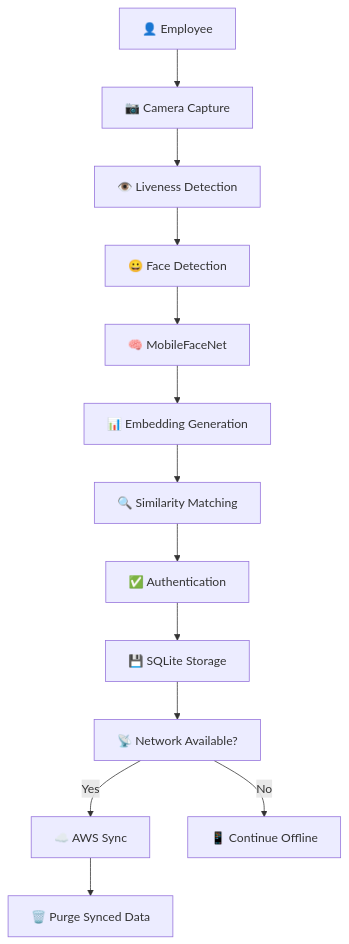
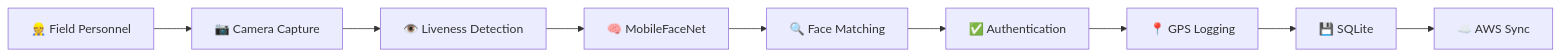
One commit to aishide/Pehechaan-NHAI changed the diagram in README.md. Above: the diagram before and after it, drawn with Mermaid. The commit also changed other lines of this file, not shown here.

````diff
--- a/README.md
+++ b/README.md
@@ -194,28 +109,20 @@
 ```mermaid
-flowchart TD
+flowchart LR
 
-A[👤 Employee]
+A[👷 Field Personnel]
 --> B[📷 Camera Capture]
 
 B --> C[👁️ Liveness Detection]
 
-C --> D[😀 Face Detection]
+C --> D[🧠 MobileFaceNet]
 
-D --> E[🧠 MobileFaceNet]
+D --> E[🔍 Face Matching]
 
-E --> F[📊 Embedding Generation]
+E --> F[✅ Authentication]
 
-F --> G[🔍 Similarity Matching]
+F --> G[📍 GPS Logging]
 
-G --> H[✅ Authentication]
+G --> H[💾 SQLite]
 
-H --> I[💾 SQLite Storage]
-
-I --> J[📡 Network Available?]
-
-J -->|Yes| K[☁️ AWS Sync]
-
-K --> L[🗑️ Purge Synced Data]
-
-J -->|No| M[📱 Continue Offline]
+H --> I[☁️ AWS Sync]
 ```
````
